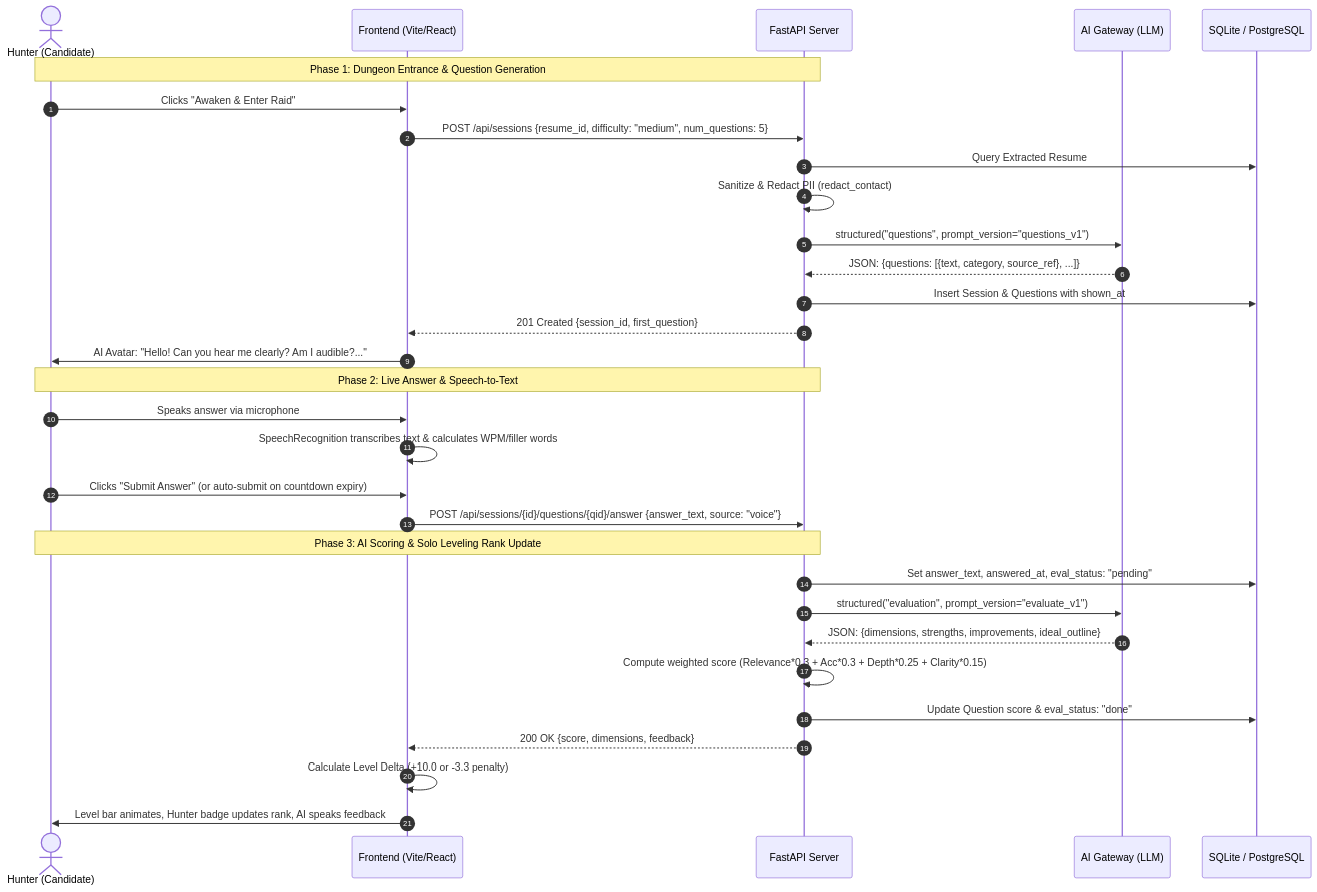
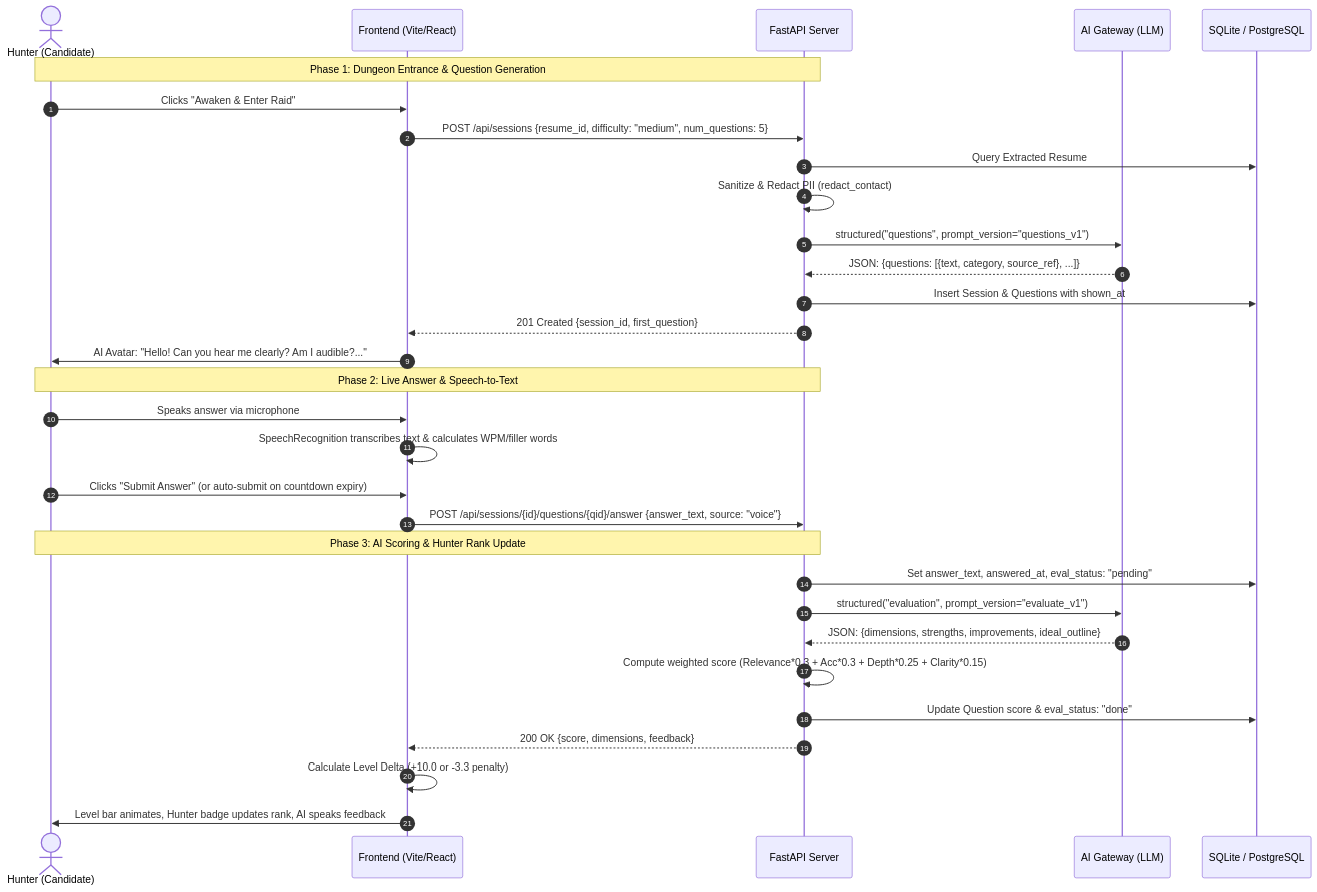
The third of 3 diagrams in docs/data-flow.md (Aniket27-web/Skill_leveling), drawn with Mermaid before and after one commit. The commit also changed 20 other files, not shown here.

Commit message:
feat: add working Settings page, clean Dungeon setup, and remove Solo Leveling mentions

````diff
--- a/docs/data-flow.md
+++ b/docs/data-flow.md
@@ -123,36 +123,36 @@
 ```mermaid
 sequenceDiagram
     autonumber
     actor Candidate as Hunter (Candidate)
     participant Client as Frontend (Vite/React)
     participant Server as FastAPI Server
     participant AI as AI Gateway (LLM)
     participant DB as SQLite / PostgreSQL
 
     Note over Candidate,Server: Phase 1: Dungeon Entrance & Question Generation
     Candidate->>Client: Clicks "Awaken & Enter Raid"
     Client->>Server: POST /api/sessions {resume_id, difficulty: "medium", num_questions: 5}
     Server->>DB: Query Extracted Resume
     Server->>Server: Sanitize & Redact PII (redact_contact)
     Server->>AI: structured("questions", prompt_version="questions_v1")
     AI-->>Server: JSON: {questions: [{text, category, source_ref}, ...]}
     Server->>DB: Insert Session & Questions with shown_at
     Server-->>Client: 201 Created {session_id, first_question}
     Client->>Candidate: AI Avatar: "Hello! Can you hear me clearly? Am I audible?..."
 
     Note over Candidate,Server: Phase 2: Live Answer & Speech-to-Text
     Candidate->>Client: Speaks answer via microphone
     Client->>Client: SpeechRecognition transcribes text & calculates WPM/filler words
     Candidate->>Client: Clicks "Submit Answer" (or auto-submit on countdown expiry)
     Client->>Server: POST /api/sessions/{id}/questions/{qid}/answer {answer_text, source: "voice"}
 
-    Note over Candidate,Server: Phase 3: AI Scoring & Solo Leveling Rank Update
+    Note over Candidate,Server: Phase 3: AI Scoring & Hunter Rank Update
     Server->>DB: Set answer_text, answered_at, eval_status: "pending"
     Server->>AI: structured("evaluation", prompt_version="evaluate_v1")
     AI-->>Server: JSON: {dimensions, strengths, improvements, ideal_outline}
     Server->>Server: Compute weighted score (Relevance*0.3 + Acc*0.3 + Depth*0.25 + Clarity*0.15)
     Server->>DB: Update Question score & eval_status: "done"
     Server-->>Client: 200 OK {score, dimensions, feedback}
     Client->>Client: Calculate Level Delta (+10.0 or -3.3 penalty)
     Client->>Candidate: Level bar animates, Hunter badge updates rank, AI speaks feedback
 ```
````
